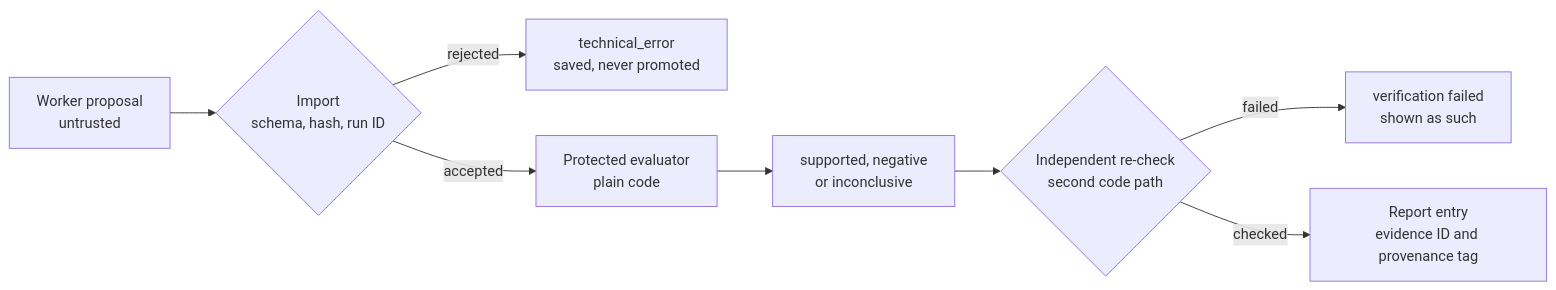
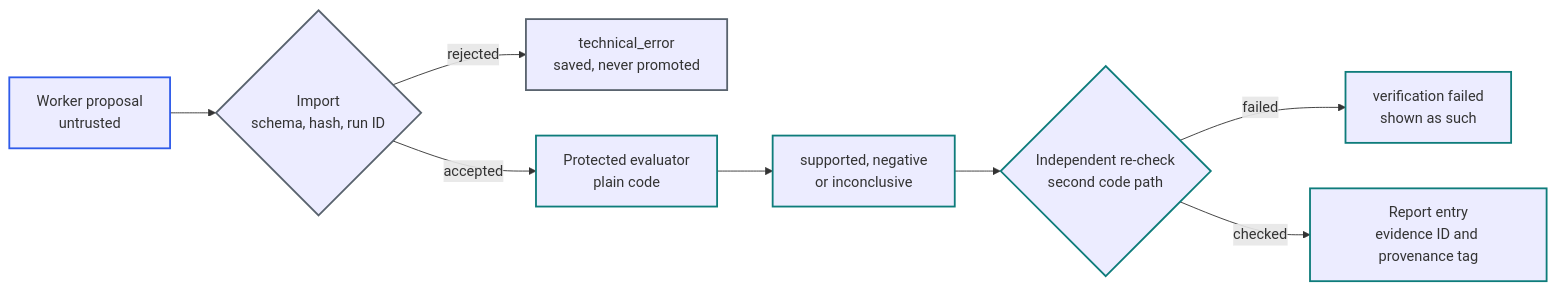
Before and after one commit to FabianJun/open-research-loops: the second of 3 diagrams in README.md, drawn with Mermaid. The commit also changed other lines of this file and 7 other files, not shown here.

````diff
--- a/README.md
+++ b/README.md
@@ -211,10 +219,16 @@
 ```mermaid
 flowchart LR
     A["Worker proposal<br/>untrusted"] --> B{"Import<br/>schema, hash, run ID"}
     B -- rejected --> X["technical_error<br/>saved, never promoted"]
     B -- accepted --> C["Protected evaluator<br/>plain code"]
     C --> V["supported, negative<br/>or inconclusive"]
     V --> D{"Independent re-check<br/>second code path"}
     D -- failed --> F["verification failed<br/>shown as such"]
     D -- checked --> R["Report entry<br/>evidence ID and provenance tag"]
+    classDef agent stroke:#2f5bea,stroke-width:2px
+    classDef evidence stroke:#0e7c7b,stroke-width:2px
+    classDef neutral stroke:#59636e,stroke-width:2px
+    class A agent
+    class C,V,D,F,R evidence
+    class B,X neutral
 ```
````
